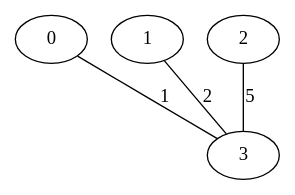
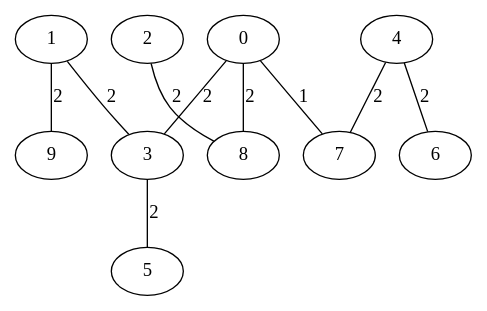
Before and after one commit to nand1nha/Tecnica-de-programacao-avancada: the diagram in grafo-com-peso/arvoreGeradoraMinima.dot, drawn with Graphviz. The commit also changed 8 other files, not shown here.

Commit message:
Update graph definitions and modify main logic for Kruskal and Prim functions

```diff
--- a/grafo-com-peso/arvoreGeradoraMinima.dot
+++ b/grafo-com-peso/arvoreGeradoraMinima.dot
@@ -1,9 +1,21 @@
 graph G {
   0;
   1;
   2;
   3;
-  0 -- 3 [label=1,weight=1];
+  4;
+  5;
+  6;
+  7;
+  8;
+  9;
+  0 -- 7 [label=1,weight=1];
+  0 -- 3 [label=2,weight=2];
+  0 -- 8 [label=2,weight=2];
   1 -- 3 [label=2,weight=2];
-  2 -- 3 [label=5,weight=5];
+  1 -- 9 [label=2,weight=2];
+  2 -- 8 [label=2,weight=2];
+  3 -- 5 [label=2,weight=2];
+  4 -- 7 [label=2,weight=2];
+  4 -- 6 [label=2,weight=2];
 }
```
